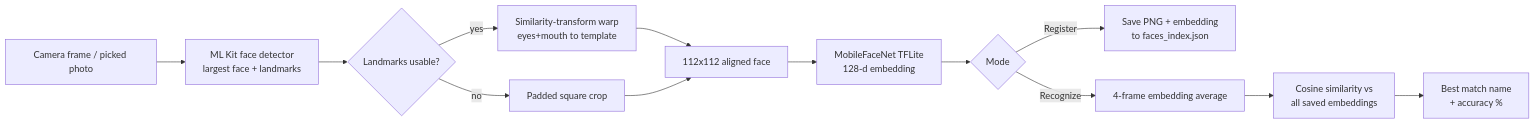
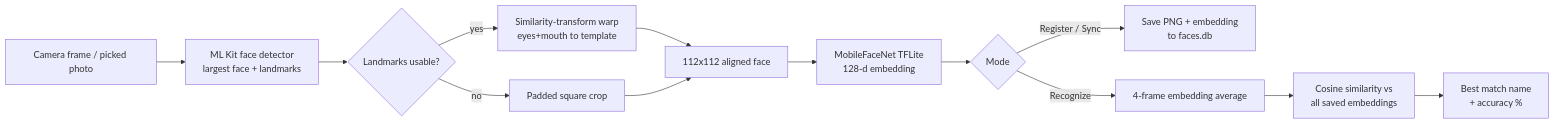
Before and after one commit to VrajSuthar/face_recognition_in_flutter: the diagram in docs/FACE_RECOGNITION.md, drawn with Mermaid. The commit also changed other lines of this file and 28 other files, not shown here.

````diff
--- a/docs/FACE_RECOGNITION.md
+++ b/docs/FACE_RECOGNITION.md
@@ -11,15 +11,15 @@
 ```mermaid
 flowchart LR
     A[Camera frame / picked photo] --> B[ML Kit face detector<br/>largest face + landmarks]
     B --> C{Landmarks usable?}
     C -->|yes| D[Similarity-transform warp<br/>eyes+mouth to template]
     C -->|no| E[Padded square crop]
     D --> F[112x112 aligned face]
     E --> F
     F --> G[MobileFaceNet TFLite<br/>128-d embedding]
     G --> H{Mode}
-    H -->|Register| I[Save PNG + embedding<br/>to faces_index.json]
+    H -->|Register / Sync| I[Save PNG + embedding<br/>to faces.db]
     H -->|Recognize| J[4-frame embedding average]
     J --> K[Cosine similarity vs<br/>all saved embeddings]
     K --> L[Best match name<br/>+ accuracy %]
 ```
````
